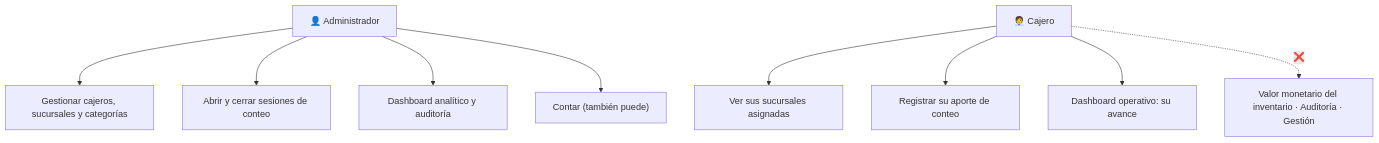
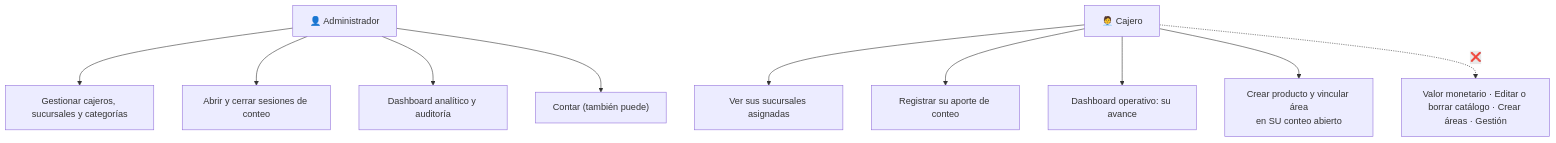
One commit to jab16jy/inventory-tally changed the diagram in docs/diseno/01-requisitos-y-alcance.md. Above: the diagram before and after it, drawn with Mermaid. The commit also changed other lines of this file and 7 other files, not shown here.

First line of the commit message:
feat(web): asigna area y crea producto sin salir del conteo

````diff
--- a/docs/diseno/01-requisitos-y-alcance.md
+++ b/docs/diseno/01-requisitos-y-alcance.md
@@ -24,12 +24,13 @@
 ```mermaid
 flowchart TD
     ADMIN["👤 Administrador"] --> G1["Gestionar cajeros, sucursales y categorías"]
     ADMIN --> G2["Abrir y cerrar sesiones de conteo"]
     ADMIN --> G3["Dashboard analítico y auditoría"]
     ADMIN --> G4["Contar (también puede)"]
 
     CAJ["🧑‍💼 Cajero"] --> W1["Ver sus sucursales asignadas"]
     CAJ --> W2["Registrar su aporte de conteo"]
     CAJ --> W3["Dashboard operativo: su avance"]
-    CAJ -.->|"❌"| X["Valor monetario del inventario · Auditoría · Gestión"]
+    CAJ --> W4["Crear producto y vincular área<br/>en SU conteo abierto"]
+    CAJ -.->|"❌"| X["Valor monetario · Editar o borrar catálogo · Crear áreas · Gestión"]
 ```
````
